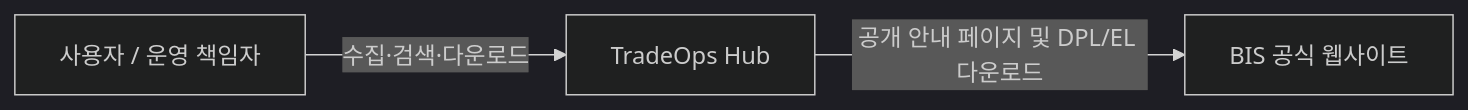
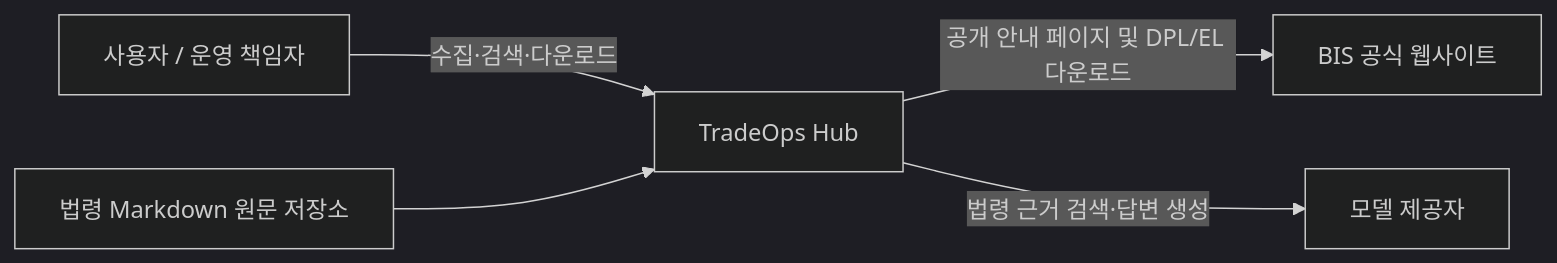
Before and after one commit to yrumupusm/tradeops_hub: the first of 4 diagrams in docs/ko/architecture/c4.md, drawn with Mermaid (dark theme). The commit also changed other lines of this file and 17 other files, not shown here.

Commit message:
docs: reconcile architecture and record prepublication verification

````diff
--- a/docs/ko/architecture/c4.md
+++ b/docs/ko/architecture/c4.md
@@ -7,5 +7,7 @@
 ```mermaid
 flowchart LR
  U["사용자 / 운영 책임자"] -->|"수집·검색·다운로드"| H["TradeOps Hub"]
  H -->|"공개 안내 페이지 및 DPL/EL 다운로드"| B["BIS 공식 웹사이트"]
+ H -->|"법령 근거 검색·답변 생성"| M["모델 제공자"]
+ Sources["법령 Markdown 원문 저장소"] --> H
 ```
````
